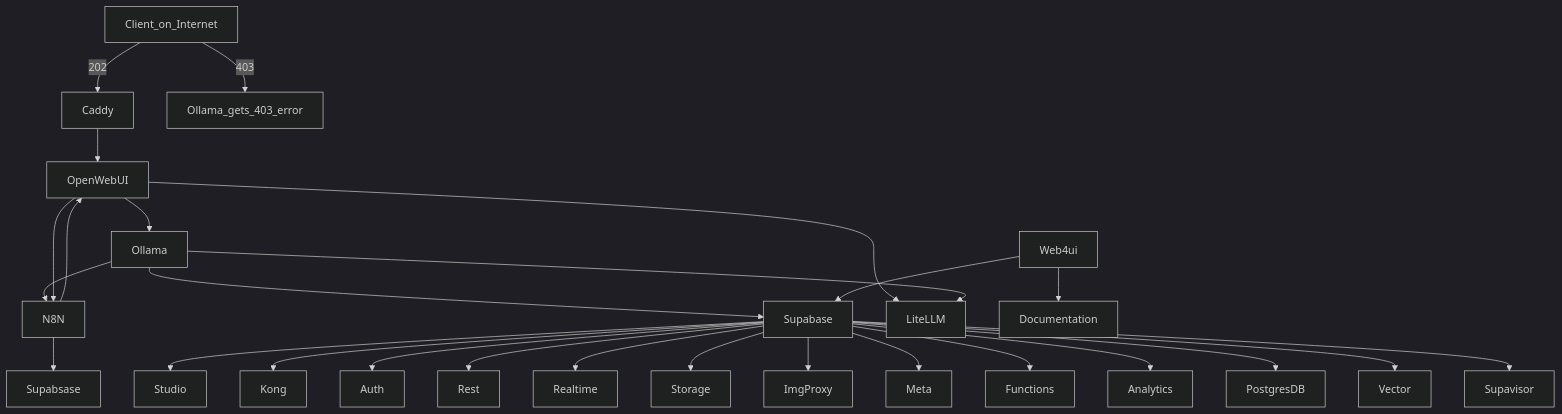
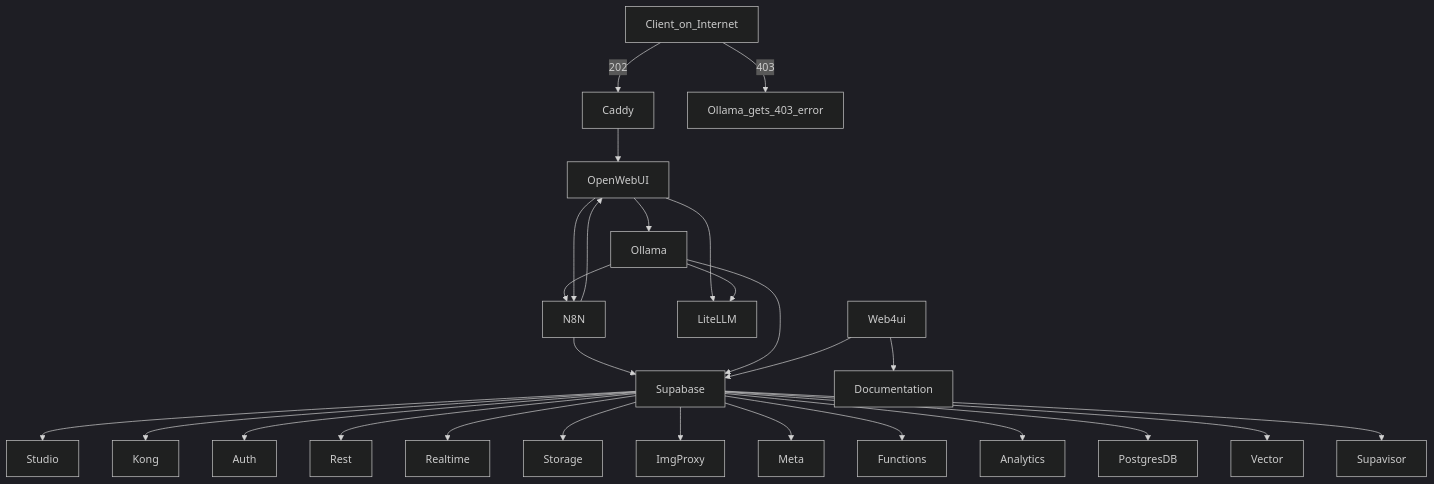
One commit to bozman2021/ai-services changed the diagram in README.md. Above: the diagram before and after it, drawn with Mermaid (dark theme).

````diff
--- a/README.md
+++ b/README.md
@@ -107,30 +107,30 @@
 ```mermaid
 graph TD;
     Client_on_Internet-->|202|Caddy;
     Caddy-->OpenWebUI;
     OpenWebUI-->Ollama;
     Ollama-->N8N;
-    N8N-->Supabsase;
+    N8N-->Supabase;
     Supabase-->Studio;
     Supabase-->Kong;
     Supabase-->Auth;
     Supabase-->Rest;
     Supabase-->Realtime;
     Supabase-->Storage;
     Supabase-->ImgProxy;
     Supabase-->Meta;
     Supabase-->Functions;
     Supabase-->Analytics;
     Supabase-->PostgresDB;
     Supabase-->Vector;
     Supabase-->Supavisor;
     OpenWebUI-->N8N;
     N8N-->OpenWebUI;
     OpenWebUI-->LiteLLM;
     Ollama-->LiteLLM;
     Ollama-->Supabase;
     Web4ui-->Supabase;
     Web4ui-->Documentation;
     Client_on_Internet-->|403|Ollama_gets_403_error;
 
 ```
````
